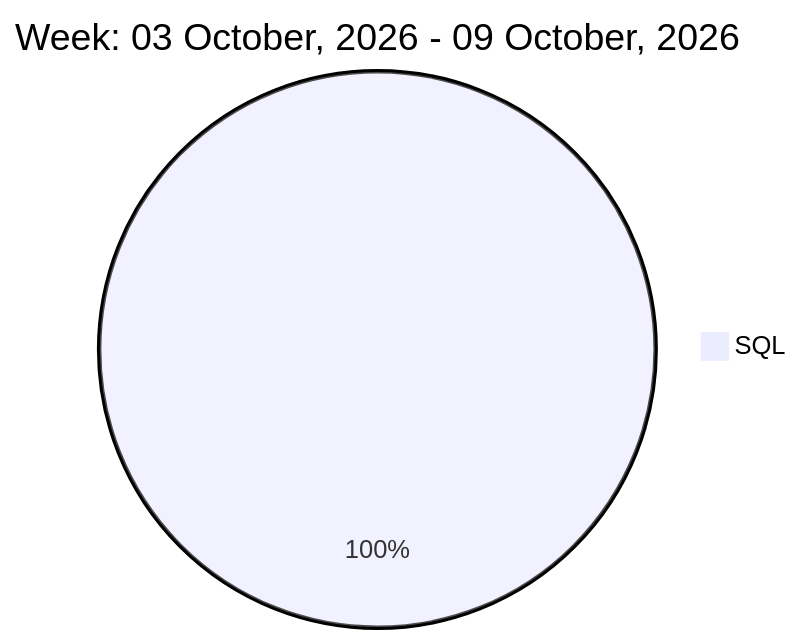
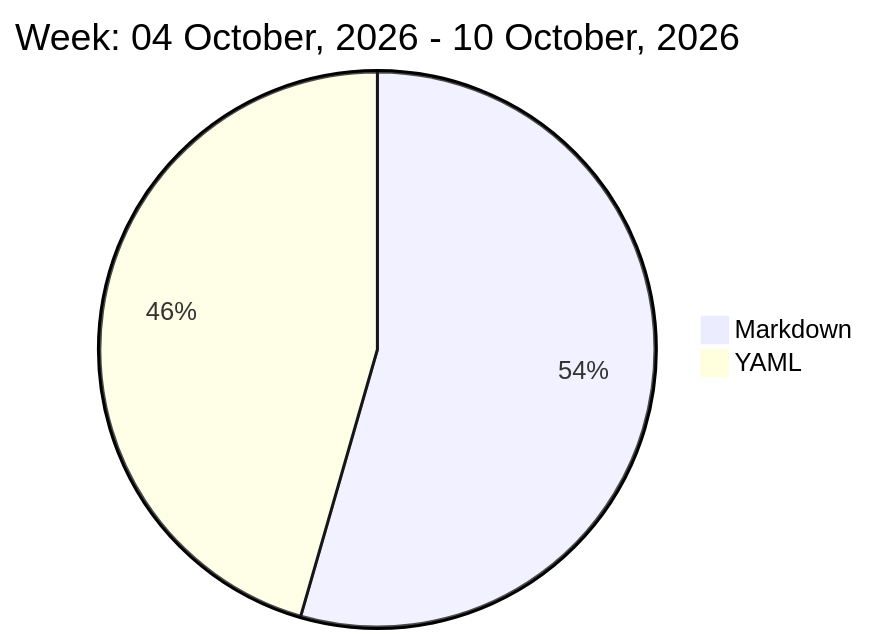
One commit to liubin95/liubin95 changed the diagram in README.md. Above: the diagram before and after it, drawn with Mermaid.

Commit message:
Updated the Graph with new Metrics

````diff
--- a/README.md
+++ b/README.md
@@ -32,5 +32,6 @@
 ```mermaid
  pie
-title Week: 03 October, 2026 - 09 October, 2026
- "SQL" : 1.07
+title Week: 04 October, 2026 - 10 October, 2026
+ "Markdown" : 1.65
+ "YAML" : 1.38
 ```
````
